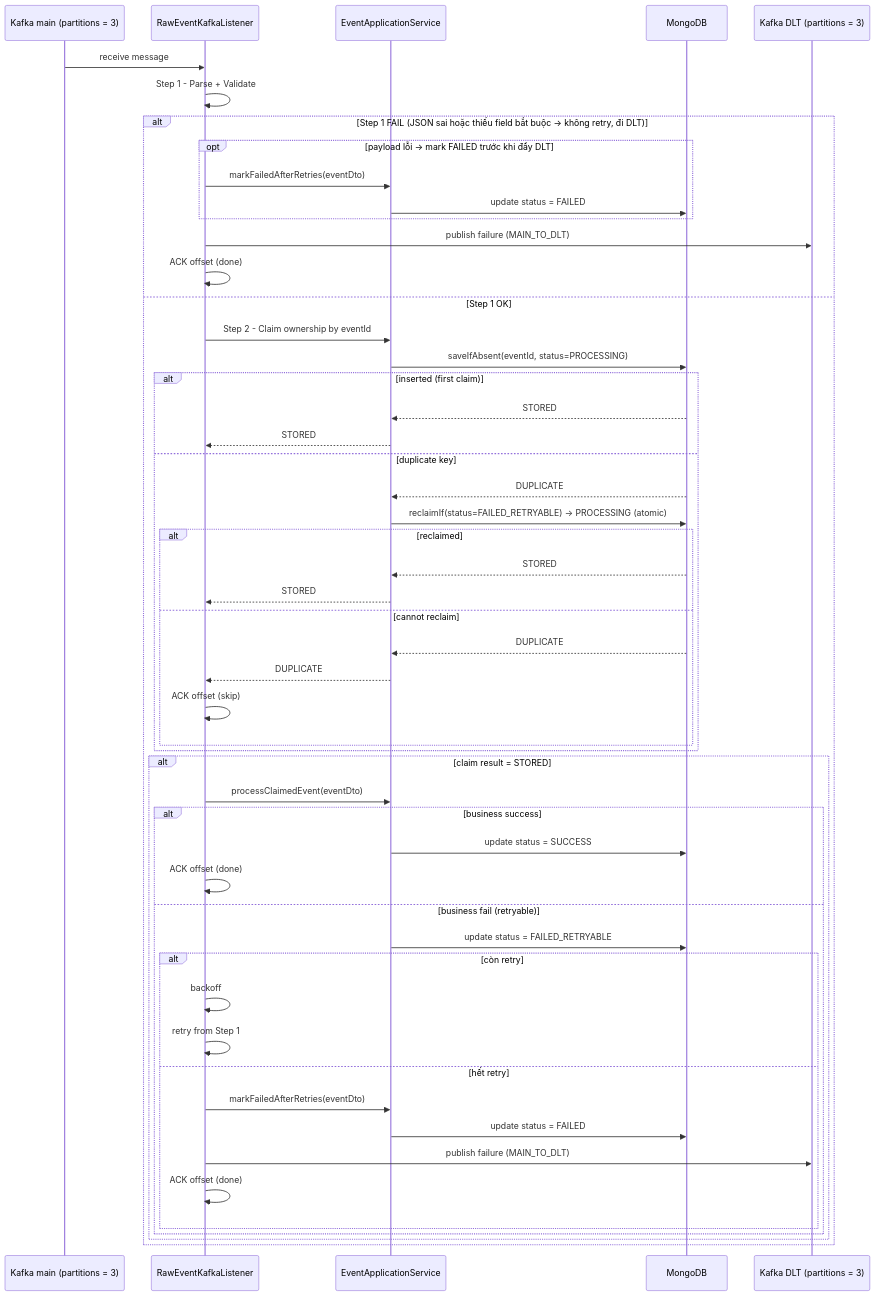
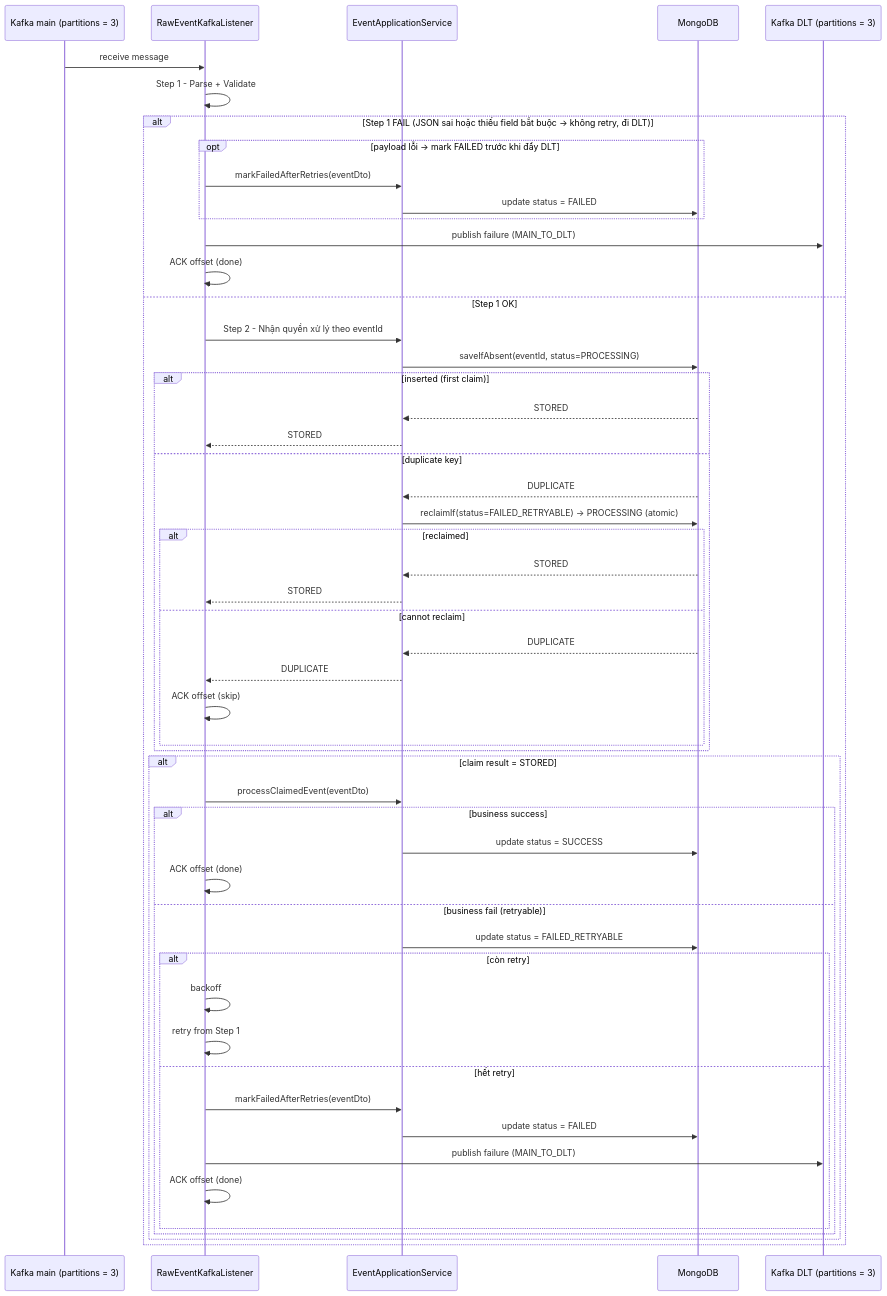
Before and after one commit to nguyentrongvy151995/data-hub: the third of 3 diagrams in README.md, drawn with Mermaid.

````diff
--- a/README.md
+++ b/README.md
@@ -85,58 +85,58 @@
 ```mermaid
 sequenceDiagram
     participant K as Kafka main (partitions = 3)
     participant L as RawEventKafkaListener
     participant S as EventApplicationService
     participant DB as MongoDB
     participant D as Kafka DLT (partitions = 3)
 
     K->>L: receive message
     L->>L: Step 1 - Parse + Validate
 
     alt Step 1 FAIL (JSON sai hoặc thiếu field bắt buộc -> không retry, đi DLT)
         opt payload lỗi -> mark FAILED trước khi đẩy DLT
             L->>S: markFailedAfterRetries(eventDto)
             S->>DB: update status = FAILED
         end
         L->>D: publish failure (MAIN_TO_DLT)
         L->>L: ACK offset (done)
     else Step 1 OK
-        L->>S: Step 2 - Claim ownership by eventId
+        L->>S: Step 2 - Nhận quyền xử lý theo eventId
         S->>DB: saveIfAbsent(eventId, status=PROCESSING)
 
         alt inserted (first claim)
             DB-->>S: STORED
             S-->>L: STORED
         else duplicate key
             DB-->>S: DUPLICATE
             S->>DB: reclaimIf(status=FAILED_RETRYABLE) -> PROCESSING (atomic)
             alt reclaimed
                 DB-->>S: STORED
                 S-->>L: STORED
             else cannot reclaim
                 DB-->>S: DUPLICATE
                 S-->>L: DUPLICATE
                 L->>L: ACK offset (skip)
             end
         end
 
         alt claim result = STORED
             L->>S: processClaimedEvent(eventDto)
             alt business success
                 S->>DB: update status = SUCCESS
                 L->>L: ACK offset (done)
             else business fail (retryable)
                 S->>DB: update status = FAILED_RETRYABLE
                 alt còn retry
                     L->>L: backoff
                     L->>L: retry from Step 1
                 else hết retry
                     L->>S: markFailedAfterRetries(eventDto)
                     S->>DB: update status = FAILED
                     L->>D: publish failure (MAIN_TO_DLT)
                     L->>L: ACK offset (done)
                 end
             end
         end
     end
 ```
````
